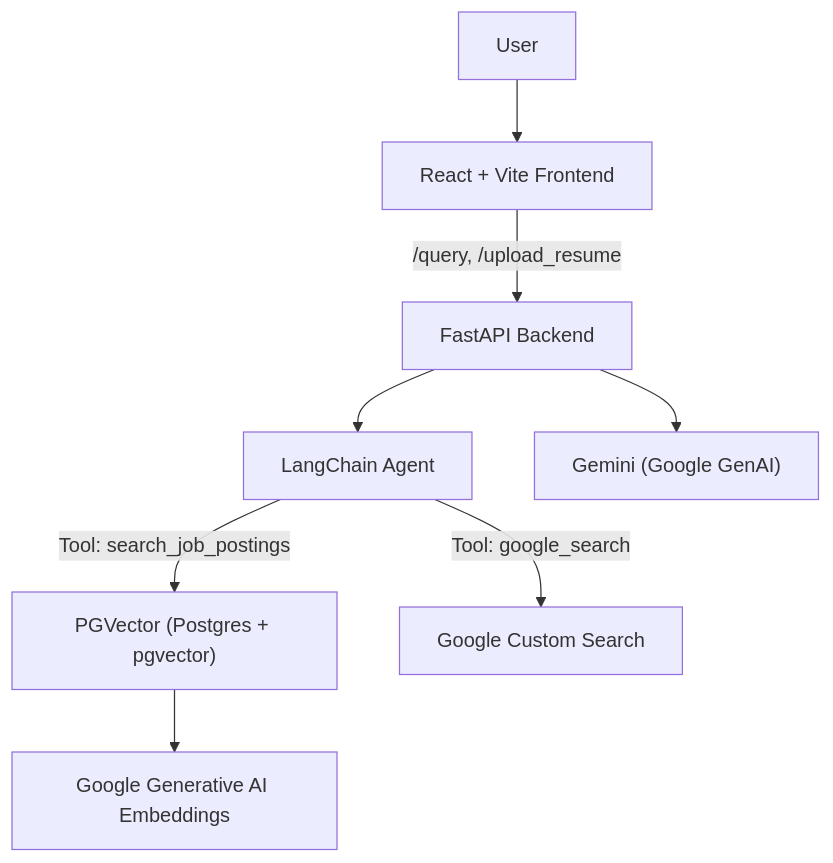
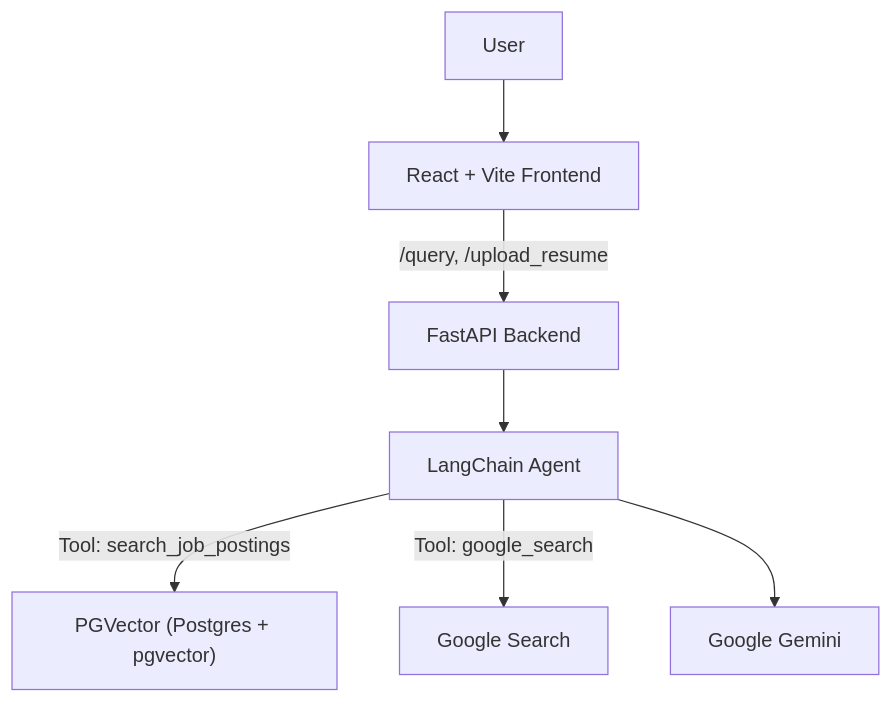
The diagram in README.md (TomZhang11/Job-Market-AI-Backend), drawn with Mermaid before and after one commit. The commit also changed other lines of this file, not shown here.

````diff
--- a/README.md
+++ b/README.md
@@ -22,10 +17,9 @@
 ```mermaid
 graph TD
   U["User"] --> FE["React + Vite Frontend"]
   FE -->|"/query, /upload_resume"| BE["FastAPI Backend"]
   BE --> AG["LangChain Agent"]
   AG -->|"Tool: search_job_postings"| VS["PGVector (Postgres + pgvector)"]
-  AG -->|"Tool: google_search"| GS["Google Custom Search"]
-  VS --> EMB["Google Generative AI Embeddings"]
-  BE --> GEM["Gemini (Google GenAI)"]
+  AG -->|"Tool: google_search"| GS["Google Search"]
+  AG --> GEM["Google Gemini"]
 ```
````
